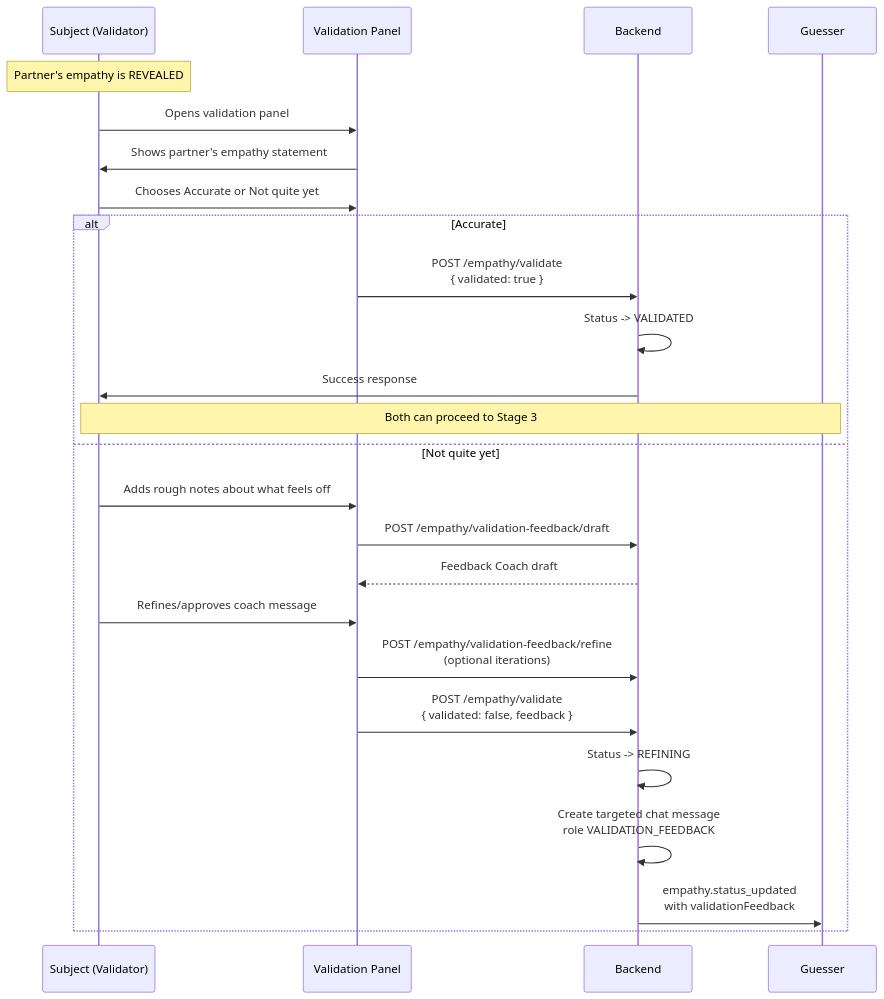
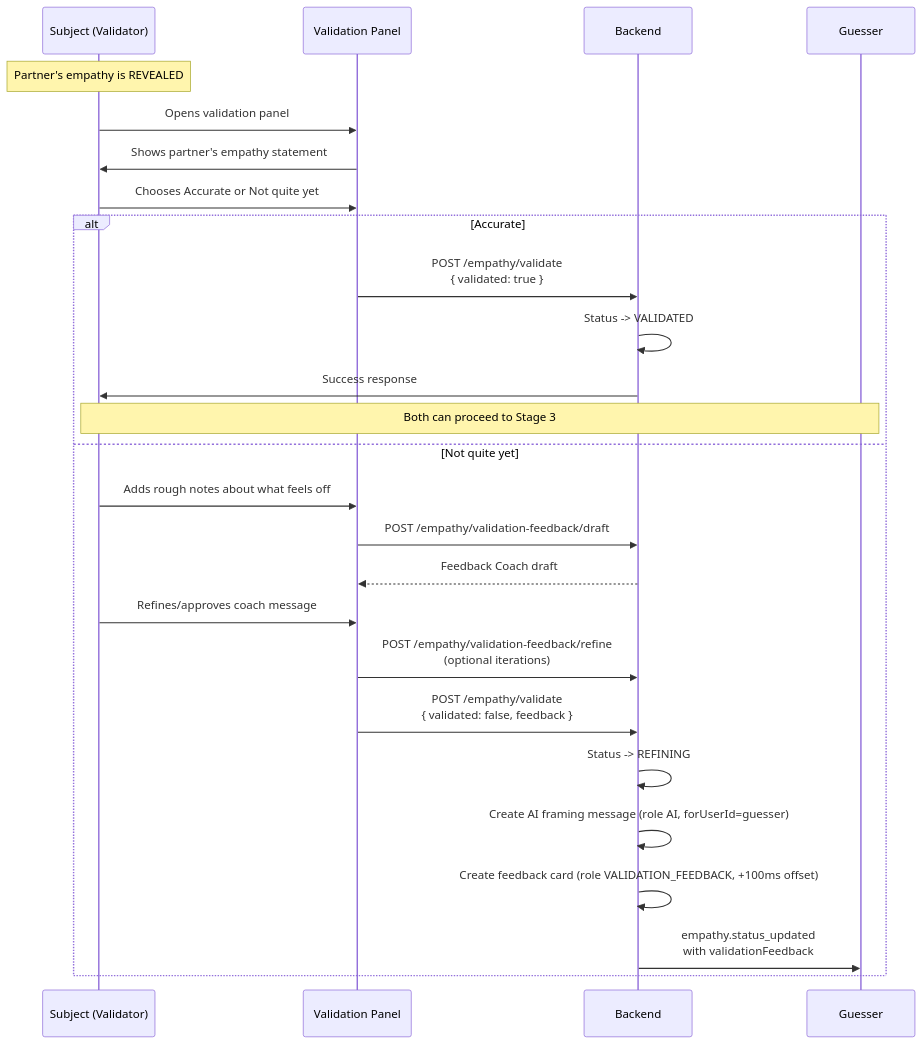
The sixth of 8 diagrams in docs/backend/reconciler-flow.md (shantamg/meet-without-fear), drawn with Mermaid before and after one commit. The commit also changed 3 other files, not shown here.

````diff
--- a/docs/backend/reconciler-flow.md
+++ b/docs/backend/reconciler-flow.md
@@ -252,31 +252,32 @@
 ```mermaid
 sequenceDiagram
     participant Sub as Subject (Validator)
     participant UI as Validation Panel
     participant API as Backend
     participant Guesser as Guesser
 
     Note over Sub: Partner's empathy is REVEALED
 
     Sub->>UI: Opens validation panel
     UI->>Sub: Shows partner's empathy statement
 
     Sub->>UI: Chooses Accurate or Not quite yet
 
     alt Accurate
         UI->>API: POST /empathy/validate<br/>{ validated: true }
         API->>API: Status -> VALIDATED
         API->>Sub: Success response
         Note over Sub,Guesser: Both can proceed to Stage 3
     else Not quite yet
         Sub->>UI: Adds rough notes about what feels off
         UI->>API: POST /empathy/validation-feedback/draft
         API-->>UI: Feedback Coach draft
         Sub->>UI: Refines/approves coach message
         UI->>API: POST /empathy/validation-feedback/refine<br/>(optional iterations)
         UI->>API: POST /empathy/validate<br/>{ validated: false, feedback }
         API->>API: Status -> REFINING
-        API->>API: Create targeted chat message<br/>role VALIDATION_FEEDBACK
+        API->>API: Create AI framing message (role AI, forUserId=guesser)
+        API->>API: Create feedback card (role VALIDATION_FEEDBACK, +100ms offset)
         API->>Guesser: empathy.status_updated<br/>with validationFeedback
     end
 ```
````
